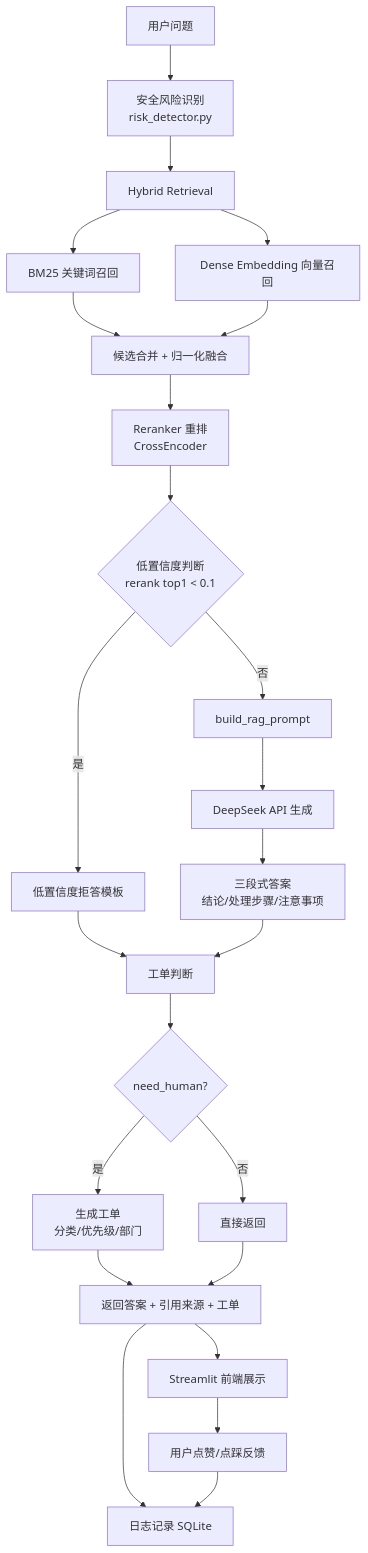
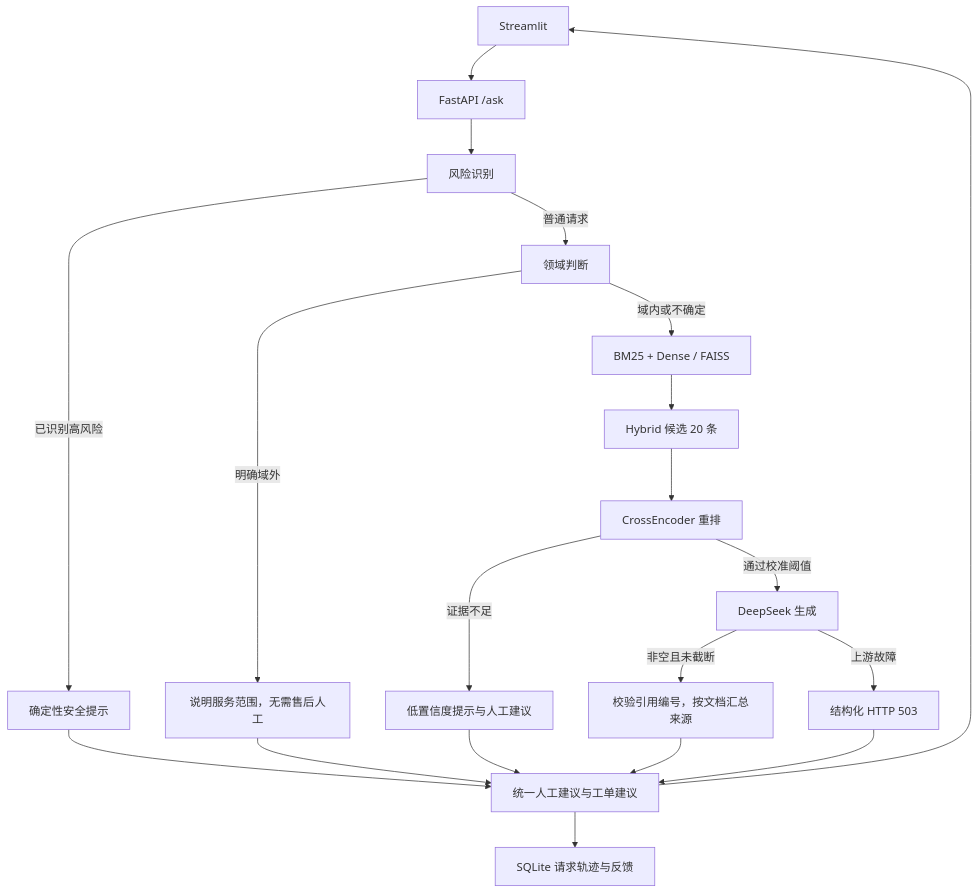
The diagram in docs/architecture.md (Isaycryeyeah/customer-support-rag_202611), drawn with Mermaid before and after one commit. The commit also changed other lines of this file and 472 other files, not shown here.

Commit message:
Complete RAG evaluation, reranker studies, deployment and human feedback fixes

````diff
--- a/docs/architecture.md
+++ b/docs/architecture.md
@@ -3,26 +3,22 @@
 ```mermaid
 flowchart TD
-    A[用户问题] --> B[安全风险识别<br/>risk_detector.py]
-    B --> C[Hybrid Retrieval]
-    C --> C1[BM25 关键词召回]
-    C --> C2[Dense Embedding 向量召回]
-    C1 --> D[候选合并 + 归一化融合]
-    C2 --> D
-    D --> E[Reranker 重排<br/>CrossEncoder]
-    E --> F{低置信度判断<br/>rerank top1 < 0.1}
-    F -->|是| G[低置信度拒答模板]
-    F -->|否| H[build_rag_prompt]
-    H --> I[DeepSeek API 生成]
-    I --> J[三段式答案<br/>结论/处理步骤/注意事项]
-    G --> K[工单判断]
-    J --> K
-    K --> L{need_human?}
-    L -->|是| M[生成工单<br/>分类/优先级/部门]
-    L -->|否| N[直接返回]
-    M --> O[返回答案 + 引用来源 + 工单]
-    N --> O
-    O --> P[日志记录 SQLite]
-    O --> Q[Streamlit 前端展示]
-    Q --> R[用户点赞/点踩反馈]
-    R --> P
+    UI[Streamlit] --> API[FastAPI /ask]
+    API --> R[风险识别]
+    R -->|已识别高风险| S[确定性安全提示]
+    R -->|普通请求| D[领域判断]
+    D -->|明确域外| O[说明服务范围，无需售后人工]
+    D -->|域内或不确定| H[BM25 + Dense / FAISS]
+    H --> C[Hybrid 候选 20 条]
+    C --> X[CrossEncoder 重排]
+    X -->|证据不足| L[低置信度提示与人工建议]
+    X -->|通过校准阈值| G[DeepSeek 生成]
+    G -->|非空且未截断| F[校验引用编号，按文档汇总来源]
+    G -->|上游故障| E[结构化 HTTP 503]
+    S --> T[统一人工建议与工单建议]
+    O --> T
+    L --> T
+    F --> T
+    E --> T
+    T --> DB[SQLite 请求轨迹与反馈]
+    T --> UI
 ```
````
